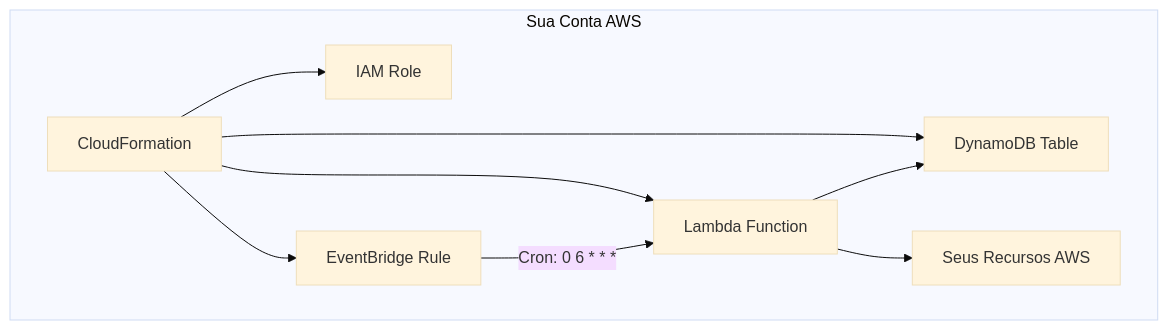
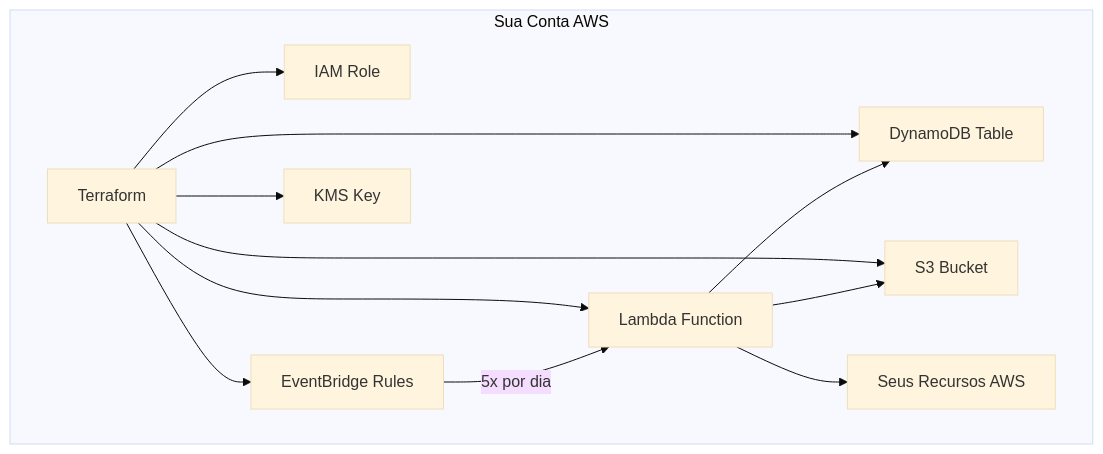
The fourth of 5 diagrams in docs/USER_MANUAL.md (FELIPEACASTRO/finops-aws-bdr), drawn with Mermaid (base theme) before and after one commit. The commit also changed other lines of this file and 1 other file, not shown here.

First line of the commit message:
Update documentation and deployment process to use Terraform

````diff
--- a/docs/USER_MANUAL.md
+++ b/docs/USER_MANUAL.md
@@ -282,13 +282,16 @@
 ```mermaid
 graph TB
     subgraph "Sua Conta AWS"
-        A[CloudFormation] --> B[Lambda Function]
+        A[Terraform] --> B[Lambda Function]
         A --> C[IAM Role]
         A --> D[DynamoDB Table]
-        A --> E[EventBridge Rule]
+        A --> E[EventBridge Rules]
+        A --> G[S3 Bucket]
+        A --> H[KMS Key]
         
-        E -->|Cron: 0 6 * * *| B
+        E -->|5x por dia| B
         B --> F[Seus Recursos AWS]
         B --> D
+        B --> G
     end
 ```
````
